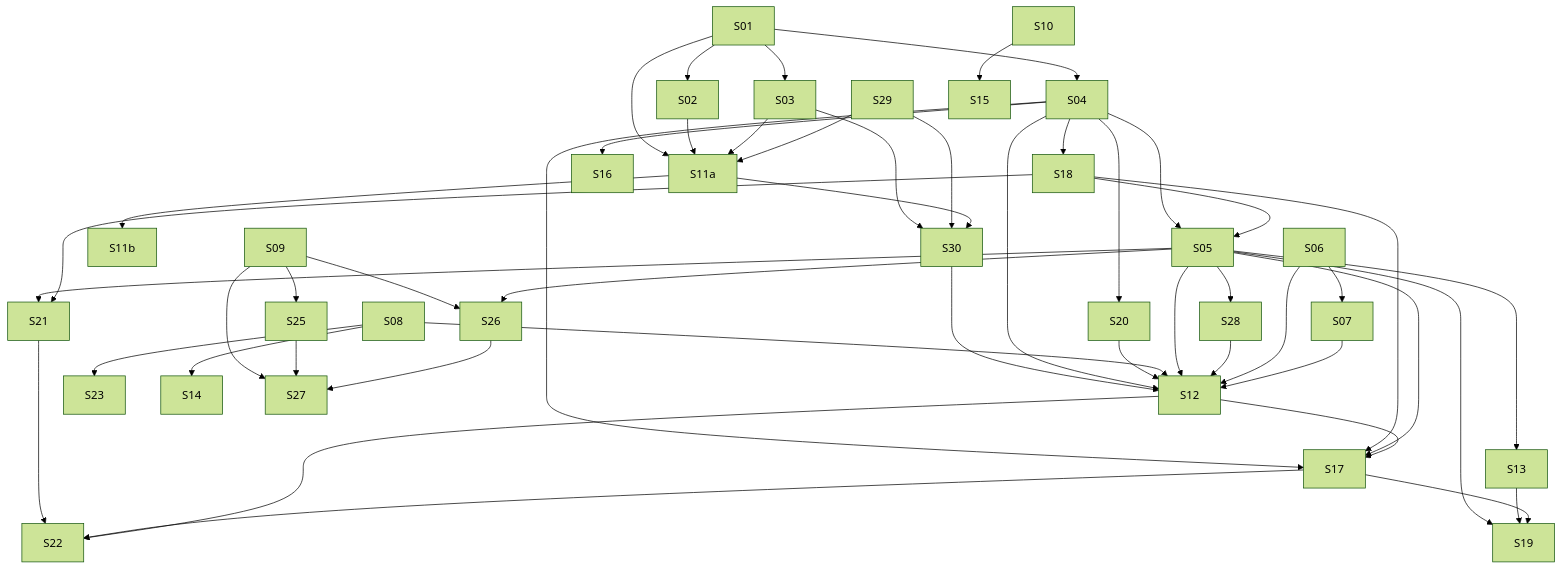
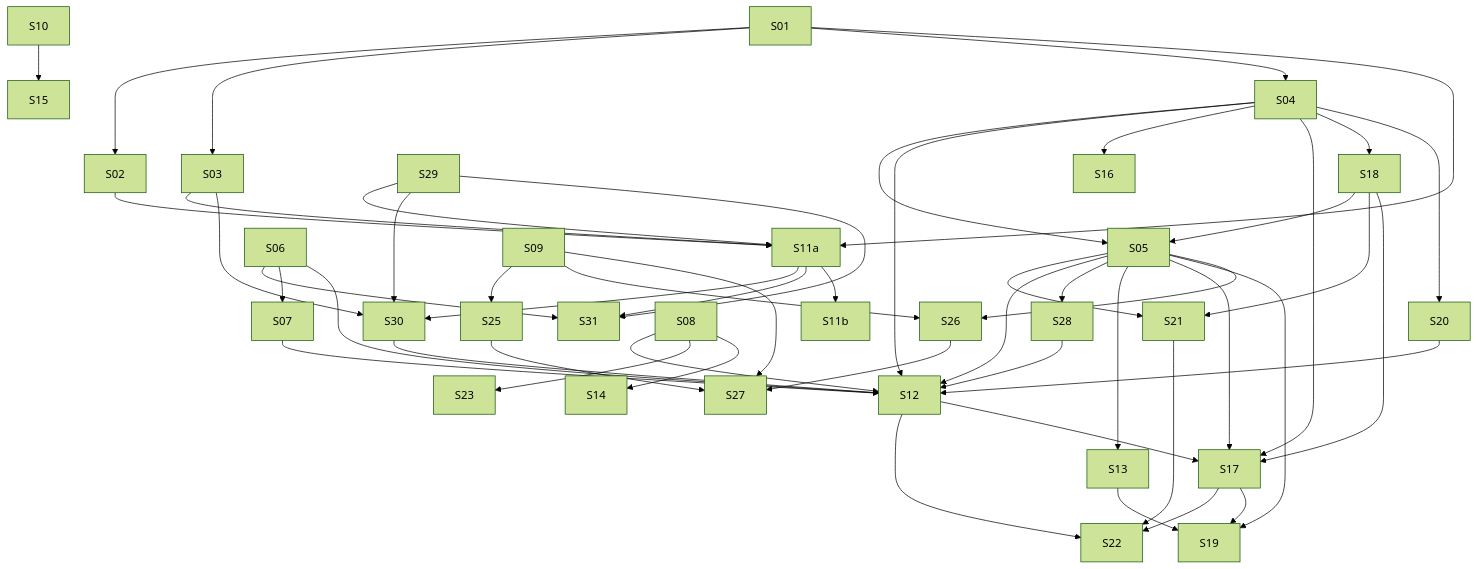
The diagram in plan/M23-MULTIVERTICAL-APPOINTMENT-BOOKING.md (lmmoreira/ikaro), drawn with Mermaid (forest theme) before and after one commit. The commit also changed other lines of this file, not shown here.

````diff
--- a/plan/M23-MULTIVERTICAL-APPOINTMENT-BOOKING.md
+++ b/plan/M23-MULTIVERTICAL-APPOINTMENT-BOOKING.md
@@ -51,51 +52,54 @@
 ```mermaid
 graph TD
   S01 --> S02
   S01 --> S03
   S01 --> S04
   S01 --> S11a
   S02 --> S11a
   S03 --> S11a
   S29 --> S11a
   S03 --> S30
   S29 --> S30
   S11a --> S30
+  S06 --> S31
+  S11a --> S31
+  S29 --> S31
   S30 --> S12
   S11a --> S11b
   S04 --> S05
   S04 --> S12
   S04 --> S16
   S04 --> S17
   S04 --> S18
   S18 --> S05
   S04 --> S20
   S20 --> S12
   S05 --> S21
   S18 --> S21
   S21 --> S22
   S17 --> S22
   S12 --> S22
   S08 --> S12
   S08 --> S23
   S18 --> S17
   S05 --> S12
   S05 --> S28
   S28 --> S12
   S05 --> S13
   S05 --> S17
   S12 --> S17
   S05 --> S19
   S13 --> S19
   S17 --> S19
   S06 --> S07
   S06 --> S12
   S07 --> S12
   S08 --> S14
   S10 --> S15
   S09 --> S25
   S09 --> S26
   S05 --> S26
   S09 --> S27
   S25 --> S27
   S26 --> S27
 ```
````
